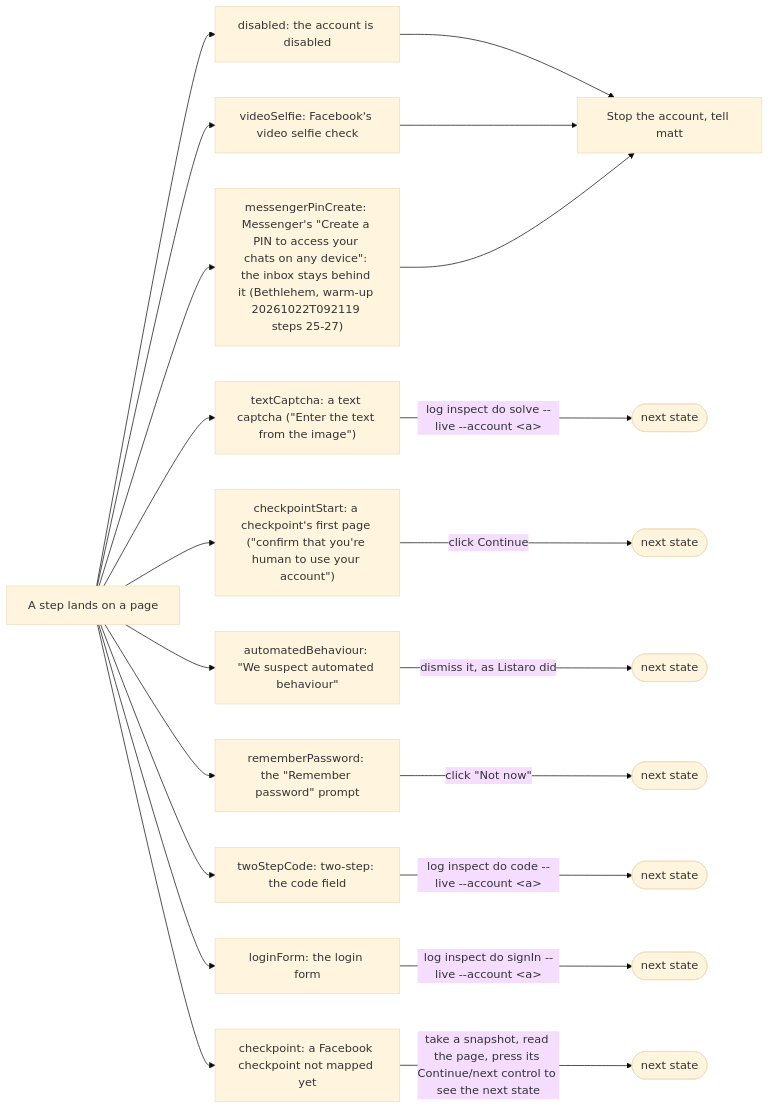
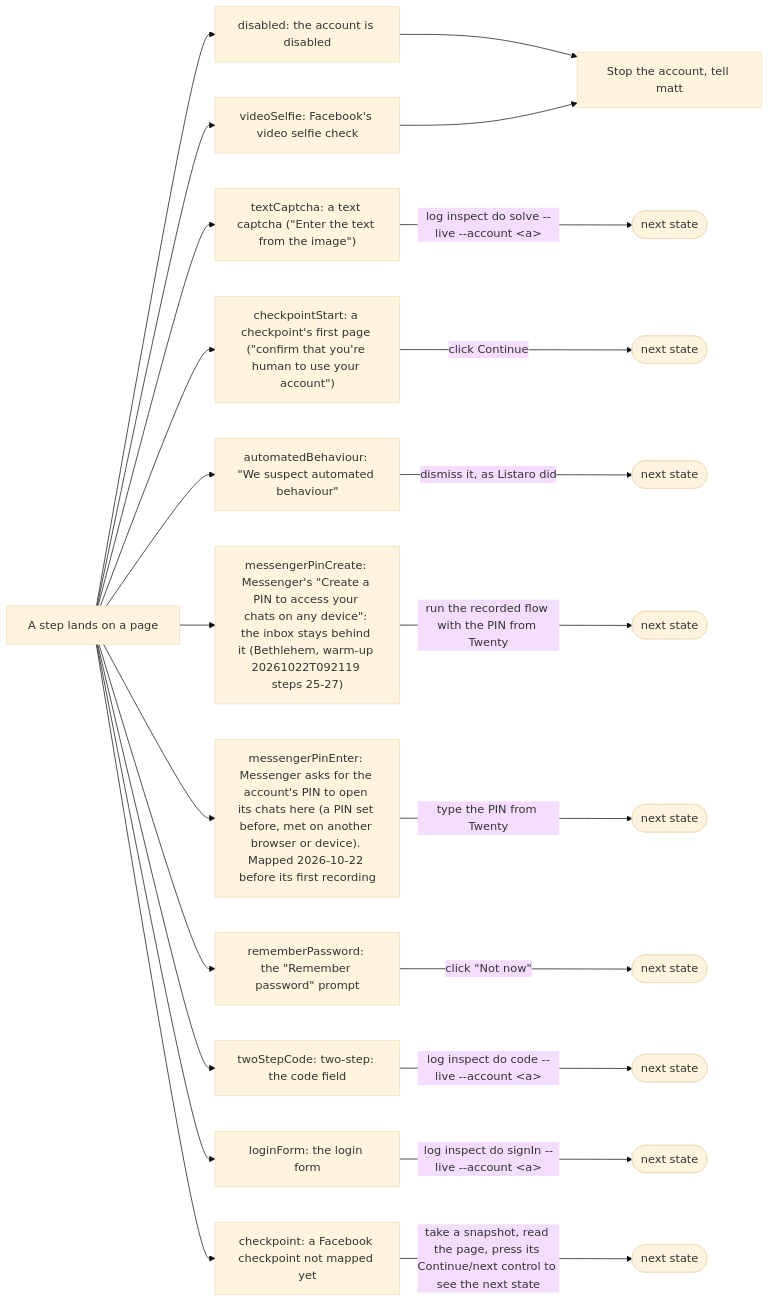
The diagram in docs/diagrams/pageStates.mmd (matthewdonsemail-lab/log), drawn with Mermaid (base theme) before and after one commit. The commit also changed 13 other files, not shown here.

Commit message:
feat: the hook resolves Messenger's PIN states with the recorded flow when the PIN is in Twenty, flags matt when not; Enter your PIN mapped (rule 67)

```diff
--- a/docs/diagrams/pageStates.mmd
+++ b/docs/diagrams/pageStates.mmd
@@ -1,35 +1,38 @@
 %% Known page states (rule 54). From `PAGE_STATES` (`src/browser/flow/helpers/pageState.ts`), first match wins. The hooks report each with its resolver; only a person's state stops the account.
 %% Written by `bun run docs:build` from the code (rule 56). Not edited by hand.
 flowchart LR
   page["A step lands on a page"]
   person["Stop the account, tell matt"]
   disabled["disabled: the account is disabled"]
   page --> disabled
   disabled --> person
   videoSelfie["videoSelfie: Facebook's video selfie check"]
   page --> videoSelfie
   videoSelfie --> person
   textCaptcha["textCaptcha: a text captcha (#quot;Enter the text from the image#quot;)"]
   page --> textCaptcha
   textCaptcha -->|"log inspect do solve --live --account #lt;a#gt;"| nexttextCaptcha(["next state"])
   checkpointStart["checkpointStart: a checkpoint's first page (#quot;confirm that you're human to use your account#quot;)"]
   page --> checkpointStart
   checkpointStart -->|"click Continue"| nextcheckpointStart(["next state"])
   automatedBehaviour["automatedBehaviour: #quot;We suspect automated behaviour#quot;"]
   page --> automatedBehaviour
   automatedBehaviour -->|"dismiss it, as Listaro did"| nextautomatedBehaviour(["next state"])
   messengerPinCreate["messengerPinCreate: Messenger's #quot;Create a PIN to access your chats on any device#quot;: the inbox stays behind it (Bethlehem, warm-up 20261022T092119 steps 25-27)"]
   page --> messengerPinCreate
-  messengerPinCreate --> person
+  messengerPinCreate -->|"run the recorded flow with the PIN from Twenty"| nextmessengerPinCreate(["next state"])
+  messengerPinEnter["messengerPinEnter: Messenger asks for the account's PIN to open its chats here (a PIN set before, met on another browser or device). Mapped 2026-10-22 before its first recording"]
+  page --> messengerPinEnter
+  messengerPinEnter -->|"type the PIN from Twenty"| nextmessengerPinEnter(["next state"])
   rememberPassword["rememberPassword: the #quot;Remember password#quot; prompt"]
   page --> rememberPassword
   rememberPassword -->|"click #quot;Not now#quot;"| nextrememberPassword(["next state"])
   twoStepCode["twoStepCode: two-step: the code field"]
   page --> twoStepCode
   twoStepCode -->|"log inspect do code --live --account #lt;a#gt;"| nexttwoStepCode(["next state"])
   loginForm["loginForm: the login form"]
   page --> loginForm
   loginForm -->|"log inspect do signIn --live --account #lt;a#gt;"| nextloginForm(["next state"])
   checkpoint["checkpoint: a Facebook checkpoint not mapped yet"]
   page --> checkpoint
   checkpoint -->|"take a snapshot, read the page, press its Continue/next control to see the next state"| nextcheckpoint(["next state"])
```
